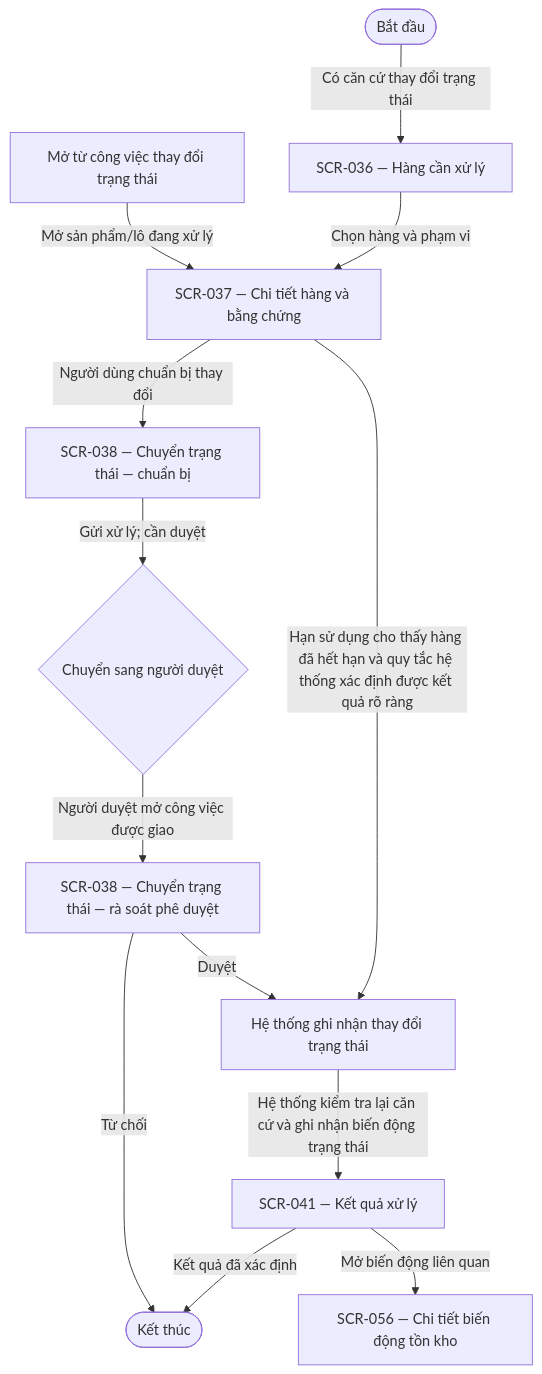
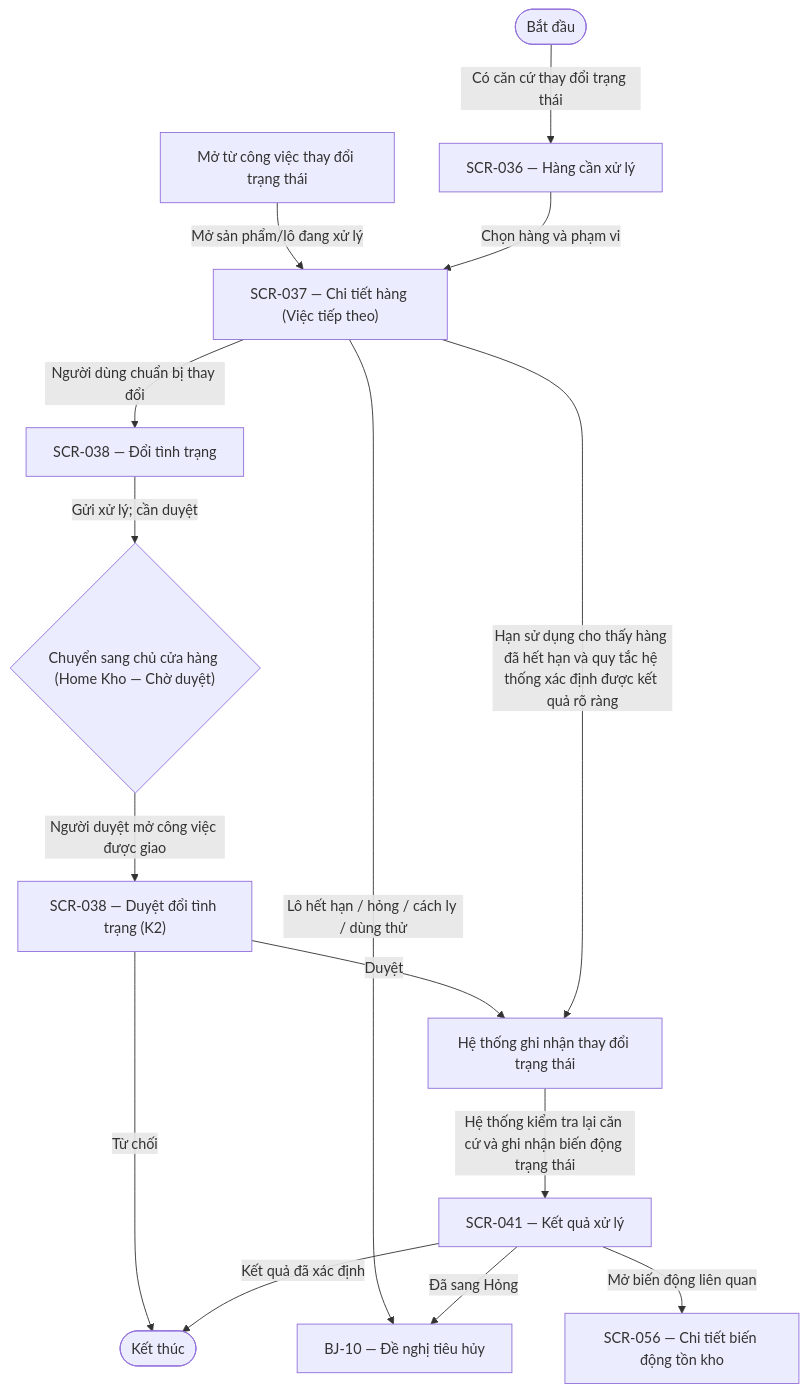
The diagram in specs/themes/theme-07/03.design/flows/UIF-09-BJ-09.md (DsChien102/erp-sales-inventory), drawn with Mermaid before and after one commit. The commit also changed other lines of this file and 37 other files, not shown here.

````diff
--- a/specs/themes/theme-07/03.design/flows/UIF-09-BJ-09.md
+++ b/specs/themes/theme-07/03.design/flows/UIF-09-BJ-09.md
@@ -41,26 +42,29 @@
 ```mermaid
 flowchart TD
     BEGIN(["Bắt đầu"])
     SCR_036["SCR-036 — Hàng cần xử lý"]
     CONTEXT_STATE["Mở từ công việc thay đổi trạng thái"]
-    SCR_037["SCR-037 — Chi tiết hàng và bằng chứng"]
-    SCR_038_PREPARE["SCR-038 — Chuyển trạng thái — chuẩn bị"]
-    HANDOFF_APPROVAL{"Chuyển sang người duyệt"}
-    SCR_038_APPROVAL_REVIEW["SCR-038 — Chuyển trạng thái — rà soát phê duyệt"]
+    SCR_037["SCR-037 — Chi tiết hàng (Việc tiếp theo)"]
+    SCR_038_PREPARE["SCR-038 — Đổi tình trạng"]
+    HANDOFF_APPROVAL{"Chuyển sang chủ cửa hàng (Home Kho — Chờ duyệt)"}
+    SCR_038_APPROVAL_REVIEW["SCR-038 — Duyệt đổi tình trạng (K2)"]
+    BJ_10["BJ-10 — Đề nghị tiêu hủy"]
     END(["Kết thúc"])
     SYSTEM_STATE["Hệ thống ghi nhận thay đổi trạng thái"]
     SCR_041["SCR-041 — Kết quả xử lý"]
     SCR_056["SCR-056 — Chi tiết biến động tồn kho"]
     BEGIN -->|"Có căn cứ thay đổi trạng thái"| SCR_036
     CONTEXT_STATE -->|"Mở sản phẩm/lô đang xử lý"| SCR_037
     SCR_036 -->|"Chọn hàng và phạm vi"| SCR_037
     SCR_037 -->|"Người dùng chuẩn bị thay đổi"| SCR_038_PREPARE
     SCR_038_PREPARE -->|"Gửi xử lý; cần duyệt"| HANDOFF_APPROVAL
     HANDOFF_APPROVAL -->|"Người duyệt mở công việc được giao"| SCR_038_APPROVAL_REVIEW
     SCR_038_APPROVAL_REVIEW -->|"Từ chối"| END
     SCR_038_APPROVAL_REVIEW -->|"Duyệt"| SYSTEM_STATE
     SCR_037 -->|"Hạn sử dụng cho thấy hàng đã hết hạn và quy tắc hệ thống xác định được kết quả rõ ràng"| SYSTEM_STATE
     SYSTEM_STATE -->|"Hệ thống kiểm tra lại căn cứ và ghi nhận biến động trạng thái"| SCR_041
+    SCR_037 -->|"Lô hết hạn / hỏng / cách ly / dùng thử"| BJ_10
+    SCR_041 -->|"Đã sang Hỏng"| BJ_10
     SCR_041 -->|"Mở biến động liên quan"| SCR_056
     SCR_041 -->|"Kết quả đã xác định"| END
 ```
````
